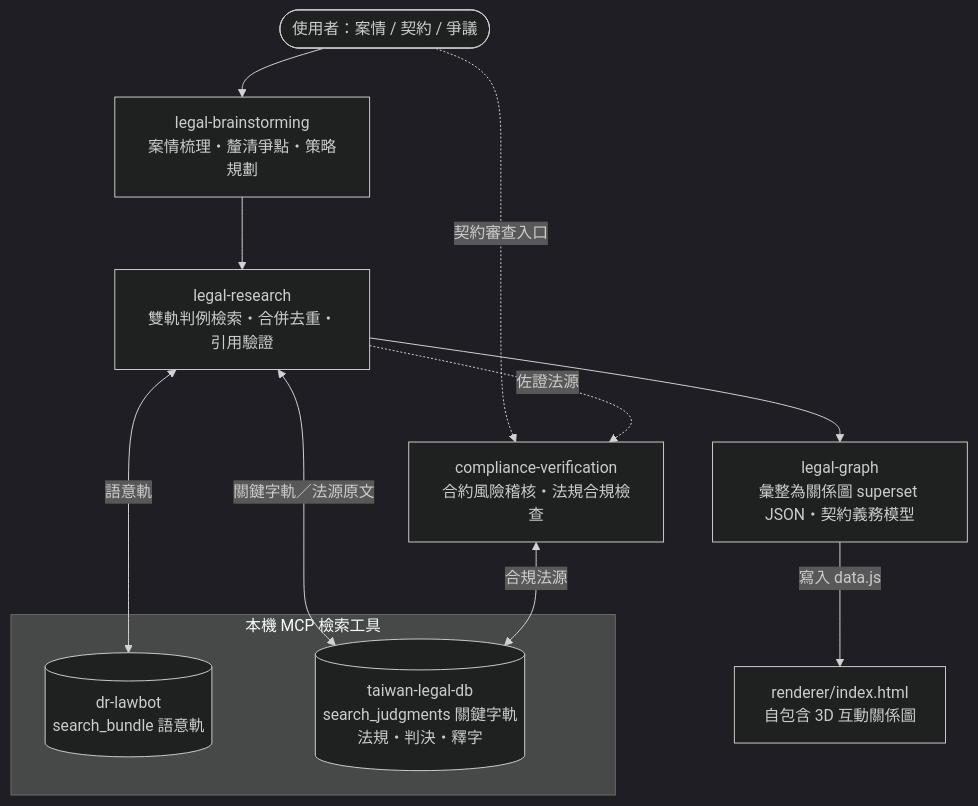
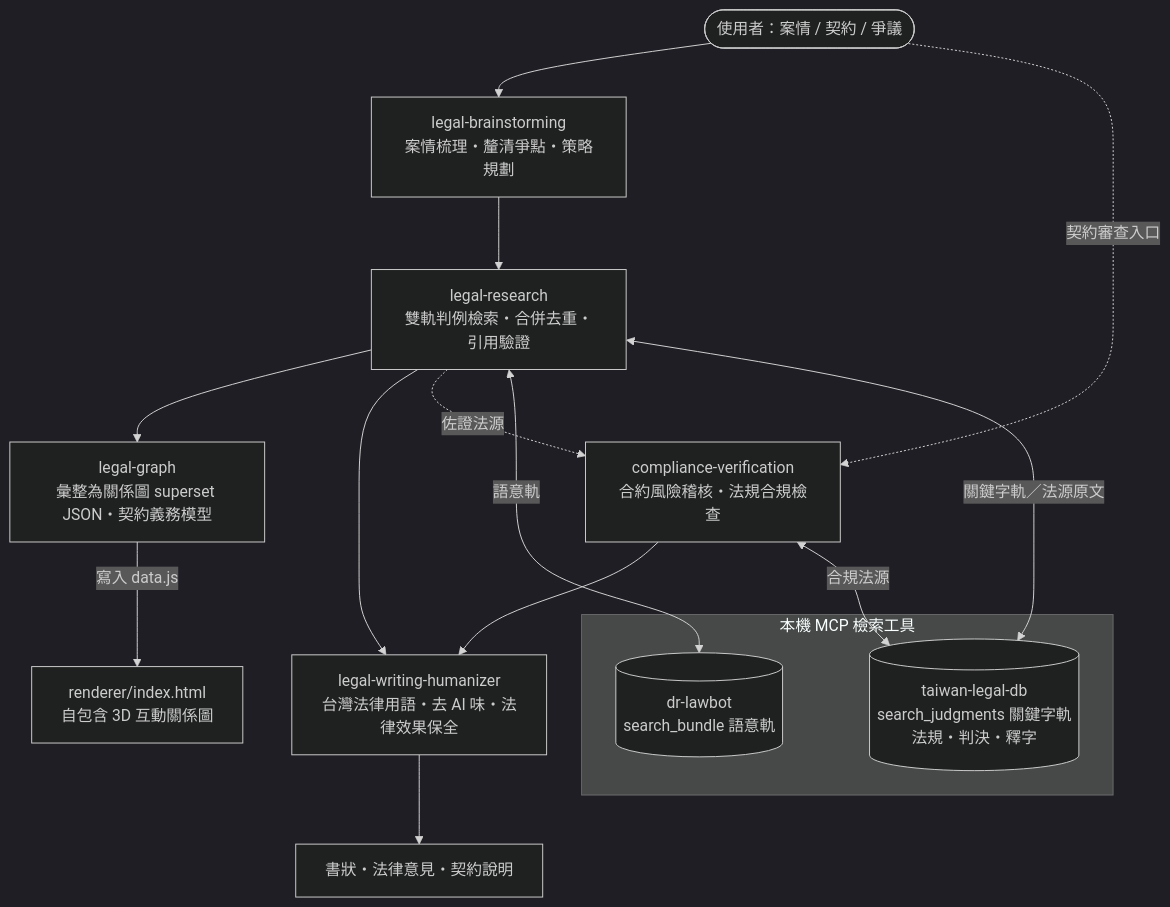
The diagram in README.md (kevintsai1202/law-powers), drawn with Mermaid (dark theme) before and after one commit. The commit also changed other lines of this file and 4 other files, not shown here.

Commit message:
feat: add Taiwan legal writing humanizer skill

````diff
--- a/README.md
+++ b/README.md
@@ -67,26 +67,31 @@
 ```mermaid
 flowchart TD
     U(["使用者：案情 / 契約 / 爭議"])
     LB["legal-brainstorming<br/>案情梳理・釐清爭點・策略規劃"]
     LR["legal-research<br/>雙軌判例檢索・合併去重・引用驗證"]
     LG["legal-graph<br/>彙整為關係圖 superset JSON・契約義務模型"]
     CV["compliance-verification<br/>合約風險稽核・法規合規檢查"]
+    LWH["legal-writing-humanizer<br/>台灣法律用語・去 AI 味・法律效果保全"]
+    DOC["書狀・法律意見・契約說明"]
     RN["renderer/index.html<br/>自包含 3D 互動關係圖"]
     DB1[("dr-lawbot<br/>search_bundle 語意軌")]
     DB2[("taiwan-legal-db<br/>search_judgments 關鍵字軌<br/>法規・判決・釋字")]
 
     U --> LB
     U -. 契約審查入口 .-> CV
     LB --> LR
     LR --> LG
+    LR --> LWH
+    CV --> LWH
+    LWH --> DOC
     LG -->|寫入 data.js| RN
     LR -. 佐證法源 .-> CV
     LR <-->|語意軌| DB1
     LR <-->|關鍵字軌／法源原文| DB2
     CV <-->|合規法源| DB2
 
     subgraph MCP [本機 MCP 檢索工具]
         DB1
         DB2
     end
 ```
````
